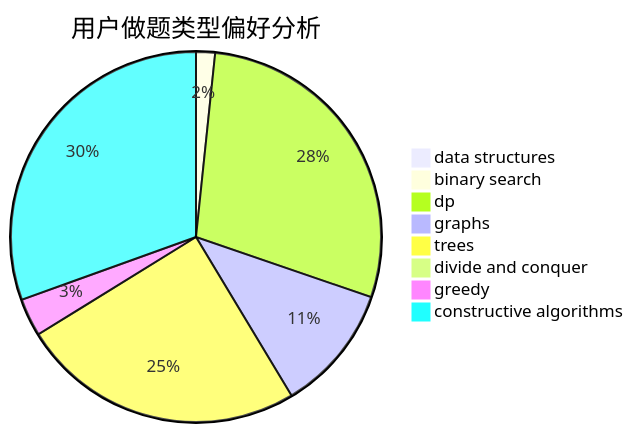
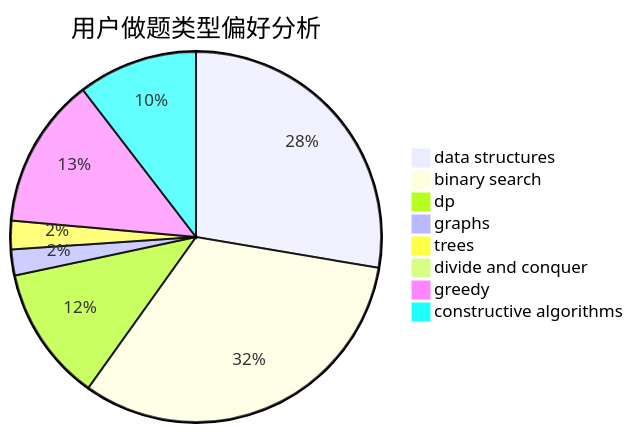
The second of 3 diagrams in docs/user/u2088.md (sherpahu/cfrs.github.io), drawn with Mermaid before and after one commit. The commit also changed other lines of this file and 2770 other files, not shown here.

````diff
--- a/docs/user/u2088.md
+++ b/docs/user/u2088.md
@@ -23,11 +23,11 @@
 ```mermaid
 pie title 用户做题类型偏好分析
-    "data structures" :  3
-    "binary search" :  7
-    "dp" :  121
-    "graphs" :  47
-    "trees" :  105
+    "data structures" :  122
+    "binary search" :  142
+    "dp" :  52
+    "graphs" :  10
+    "trees" :  11
     "divide and conquer" :  0
-    "greedy" :  14
-    "constructive algorithms" :  129
+    "greedy" :  58
+    "constructive algorithms" :  46
 ```
````
